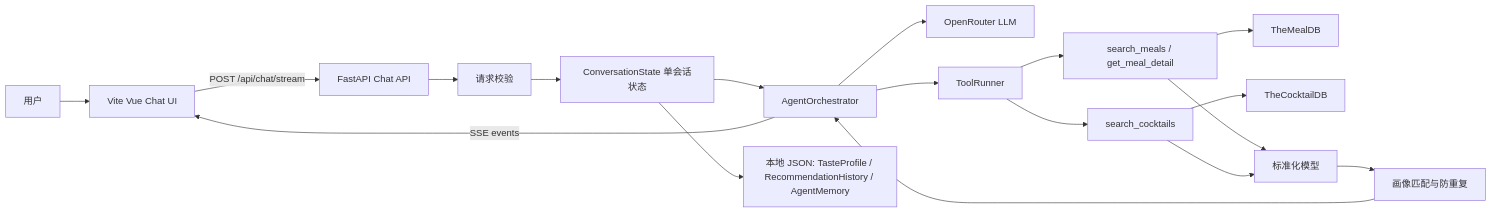
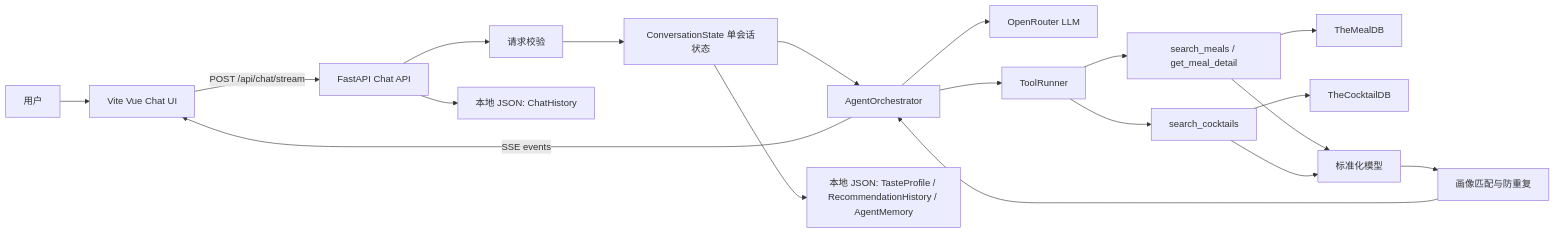
The diagram in 智能食谱助手技术设计.md (Bisezhoo/no_starving), drawn with Mermaid before and after one commit. The commit also changed other lines of this file and 40 other files, not shown here.

````diff
--- a/智能食谱助手技术设计.md
+++ b/智能食谱助手技术设计.md
@@ -47,20 +48,21 @@
 ```mermaid
 flowchart LR
   User["用户"] --> UI["Vite Vue Chat UI"]
   UI -->|POST /api/chat/stream| API["FastAPI Chat API"]
   API --> Validator["请求校验"]
   Validator --> State["ConversationState 单会话状态"]
   State --> Agent["AgentOrchestrator"]
   Agent --> OpenRouter["OpenRouter LLM"]
   Agent --> ToolRunner["ToolRunner"]
   ToolRunner --> MealTool["search_meals / get_meal_detail"]
   ToolRunner --> CocktailTool["search_cocktails"]
   MealTool --> MealDB["TheMealDB"]
   CocktailTool --> CocktailDB["TheCocktailDB"]
   MealTool --> Normalize["标准化模型"]
   CocktailTool --> Normalize
   Normalize --> Recommend["画像匹配与防重复"]
   Recommend --> Agent
   Agent -->|SSE events| UI
   State --> Store["本地 JSON: TasteProfile / RecommendationHistory / AgentMemory"]
+  API --> History["本地 JSON: ChatHistory"]
 ```
````
